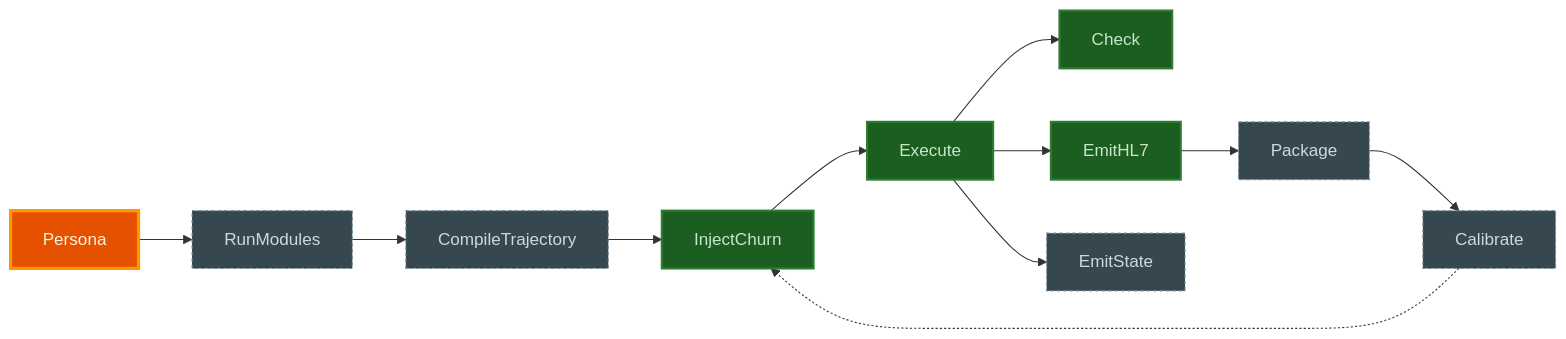
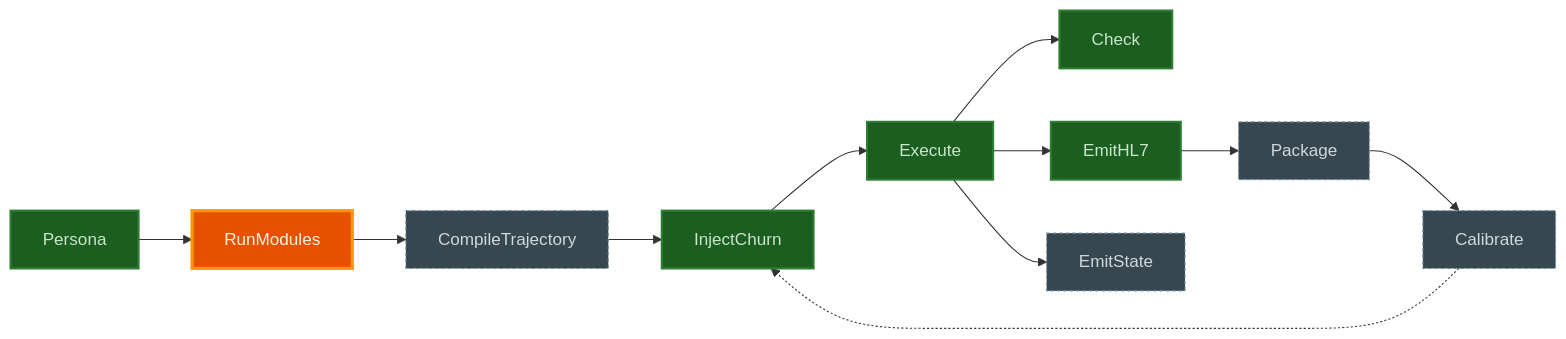
The diagram in README.md (pragsmike/ehr-testing-tools), drawn with Mermaid before and after one commit. The commit also changed other lines of this file and 37 other files, not shown here.

````diff
--- a/README.md
+++ b/README.md
@@ -33,25 +36,25 @@
 ```mermaid
 flowchart LR
-    Persona["Persona"]:::next
-    RunModules["RunModules"]:::planned
+    Persona["Persona"]:::built
+    RunModules["RunModules"]:::next
     CompileTrajectory["CompileTrajectory"]:::planned
     InjectChurn["InjectChurn"]:::built
     Execute["Execute"]:::built
     Check["Check"]:::built
     EmitHL7["EmitHL7"]:::built
     EmitState["EmitState"]:::planned
     Package["Package"]:::planned
     Calibrate["Calibrate"]:::planned
 
     Persona --> RunModules --> CompileTrajectory --> InjectChurn --> Execute
     Execute --> Check
     Execute --> EmitHL7
     Execute --> EmitState
     EmitHL7 --> Package
     Package --> Calibrate
     Calibrate -.-> InjectChurn
 
     classDef built fill:#1b5e20,stroke:#2e7d32,color:#c8e6c9,stroke-width:2px;
     classDef next fill:#e65100,stroke:#ff9800,color:#fff3e0,stroke-width:3px;
     classDef planned fill:#37474f,stroke:#78909c,color:#cfd8dc,stroke-width:1px,stroke-dasharray: 3 3;
 ```
````
